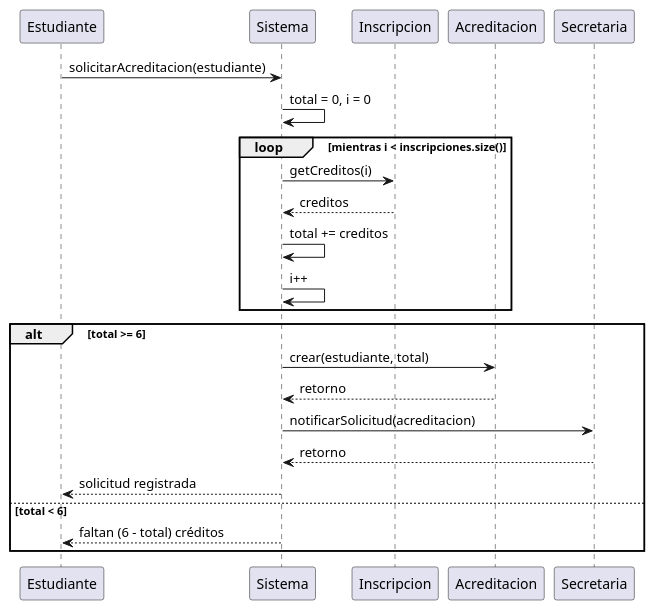
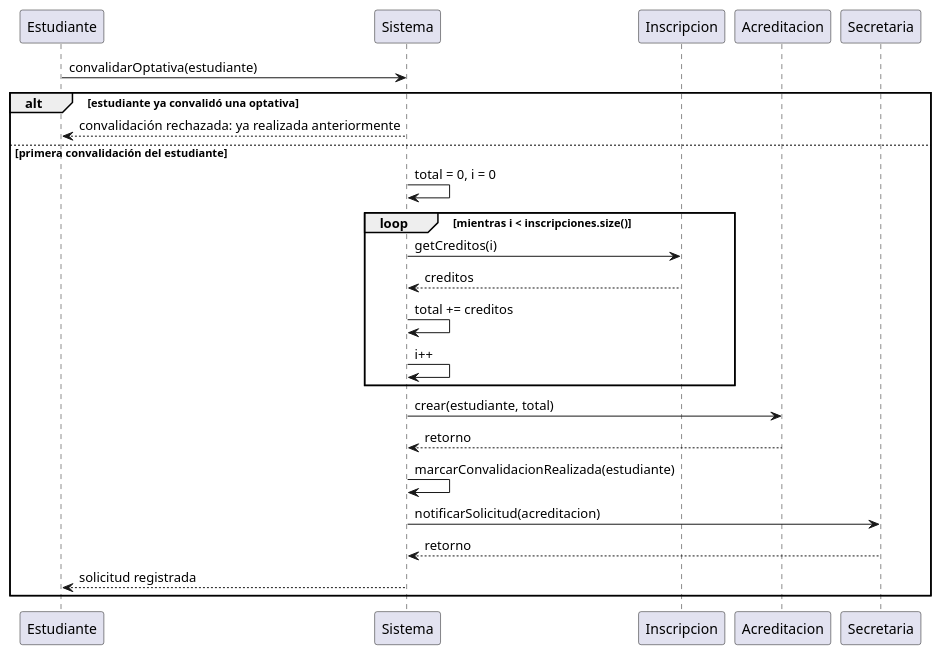
Before and after one commit to SaraVaqueroRelea/26-27-IdSw1-SDR: the diagram in diagramas/diagramaSecuencia/diagramaSecuencias.puml, drawn with PlantUML.

Commit message:
Refactor sequence diagram for credit validation process

```diff
--- a/diagramas/diagramaSecuencia/diagramaSecuencias.puml
+++ b/diagramas/diagramaSecuencia/diagramaSecuencias.puml
@@ -1,25 +1,27 @@
-    participant Estudiante
-    participant Sistema
-    participant Inscripcion
-    participant Acreditacion
-    participant Secretaria
+participant Estudiante
+participant Sistema
+participant Inscripcion
+participant Acreditacion
+participant Secretaria
 
-    Estudiante -> Sistema : solicitarAcreditacion(estudiante)
+Estudiante -> Sistema : convalidarOptativa(estudiante)
+
+alt estudiante ya convalidó una optativa
+    Sistema --> Estudiante : convalidación rechazada: ya realizada anteriormente
+else primera convalidación del estudiante
     Sistema -> Sistema : total = 0, i = 0
 
     loop mientras i < inscripciones.size()
         Sistema -> Inscripcion : getCreditos(i)
         Inscripcion --> Sistema : creditos
         Sistema -> Sistema : total += creditos
         Sistema -> Sistema : i++
     end
 
-    alt total >= 6
-        Sistema -> Acreditacion : crear(estudiante, total)
-        Acreditacion --> Sistema : retorno
-        Sistema -> Secretaria : notificarSolicitud(acreditacion)
-        Secretaria --> Sistema : retorno
-        Sistema --> Estudiante : solicitud registrada
-    else total < 6
-        Sistema --> Estudiante : faltan (6 - total) créditos
-    end
+    Sistema -> Acreditacion : crear(estudiante, total)
+    Acreditacion --> Sistema : retorno
+    Sistema -> Sistema : marcarConvalidacionRealizada(estudiante)
+    Sistema -> Secretaria : notificarSolicitud(acreditacion)
+    Secretaria --> Sistema : retorno
+    Sistema --> Estudiante : solicitud registrada
+end
```
